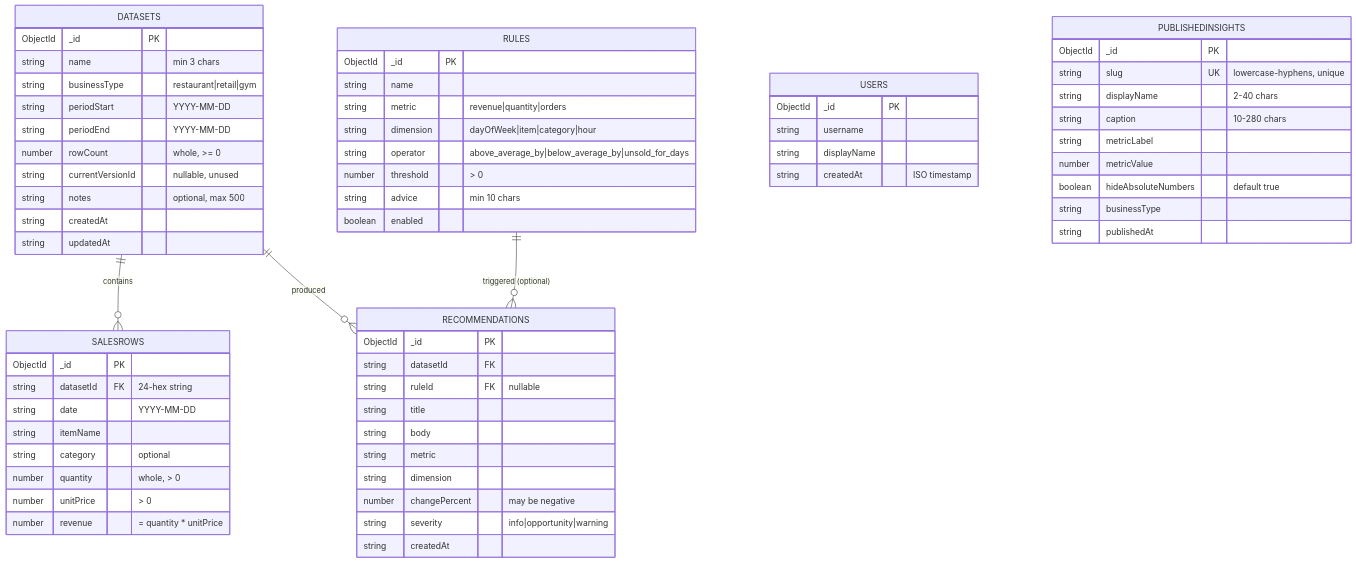
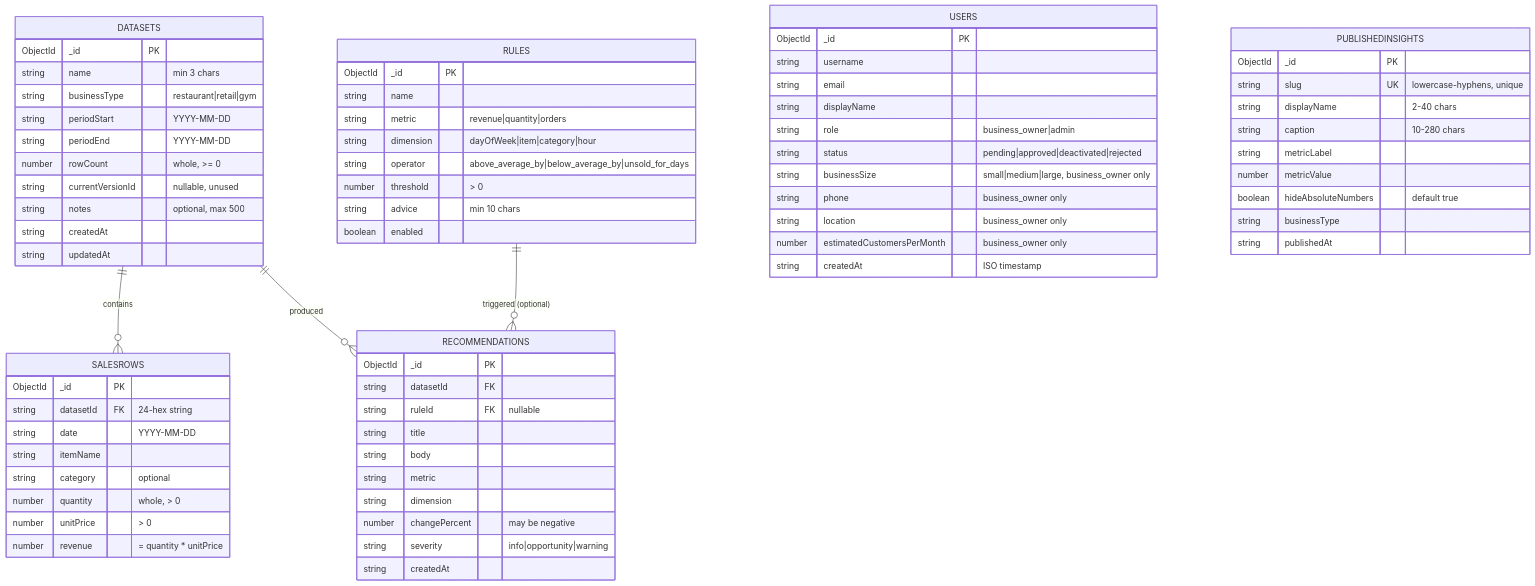
Before and after one commit to malik-halimeh/insightflow: the diagram in docs/DATA-MODEL.md, drawn with Mermaid. The commit also changed other lines of this file and 103 other files, not shown here.

````diff
--- a/docs/DATA-MODEL.md
+++ b/docs/DATA-MODEL.md
@@ -10,67 +10,74 @@
 ```mermaid
 erDiagram
     DATASETS ||--o{ SALESROWS : "contains"
     DATASETS ||--o{ RECOMMENDATIONS : "produced"
     RULES ||--o{ RECOMMENDATIONS : "triggered (optional)"
     USERS {
         ObjectId _id PK
         string username
+        string email
         string displayName
+        string role "business_owner|admin"
+        string status "pending|approved|deactivated|rejected"
+        string businessSize "small|medium|large, business_owner only"
+        string phone "business_owner only"
+        string location "business_owner only"
+        number estimatedCustomersPerMonth "business_owner only"
         string createdAt "ISO timestamp"
     }
     DATASETS {
         ObjectId _id PK
         string name "min 3 chars"
         string businessType "restaurant|retail|gym"
         string periodStart "YYYY-MM-DD"
         string periodEnd "YYYY-MM-DD"
         number rowCount "whole, >= 0"
         string currentVersionId "nullable, unused"
         string notes "optional, max 500"
         string createdAt
         string updatedAt
     }
     SALESROWS {
         ObjectId _id PK
         string datasetId FK "24-hex string"
         string date "YYYY-MM-DD"
         string itemName
         string category "optional"
         number quantity "whole, > 0"
         number unitPrice "> 0"
         number revenue "= quantity * unitPrice"
     }
     RULES {
         ObjectId _id PK
         string name
         string metric "revenue|quantity|orders"
         string dimension "dayOfWeek|item|category|hour"
         string operator "above_average_by|below_average_by|unsold_for_days"
         number threshold "> 0"
         string advice "min 10 chars"
         boolean enabled
     }
     RECOMMENDATIONS {
         ObjectId _id PK
         string datasetId FK
         string ruleId FK "nullable"
         string title
         string body
         string metric
         string dimension
         number changePercent "may be negative"
         string severity "info|opportunity|warning"
         string createdAt
     }
     PUBLISHEDINSIGHTS {
         ObjectId _id PK
         string slug UK "lowercase-hyphens, unique"
         string displayName "2-40 chars"
         string caption "10-280 chars"
         string metricLabel
         number metricValue
         boolean hideAbsoluteNumbers "default true"
         string businessType
         string publishedAt
     }
 ```
````
